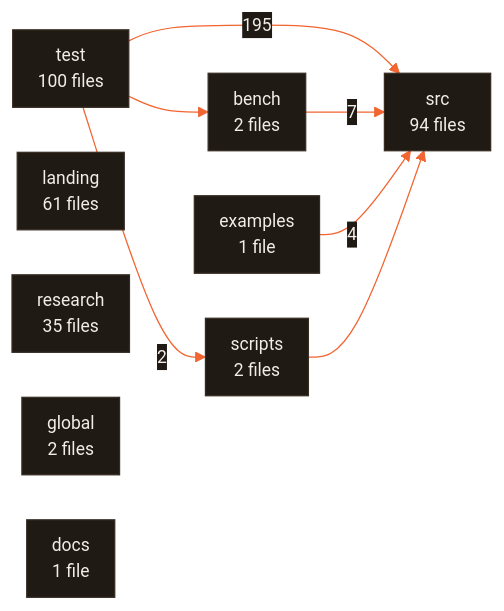
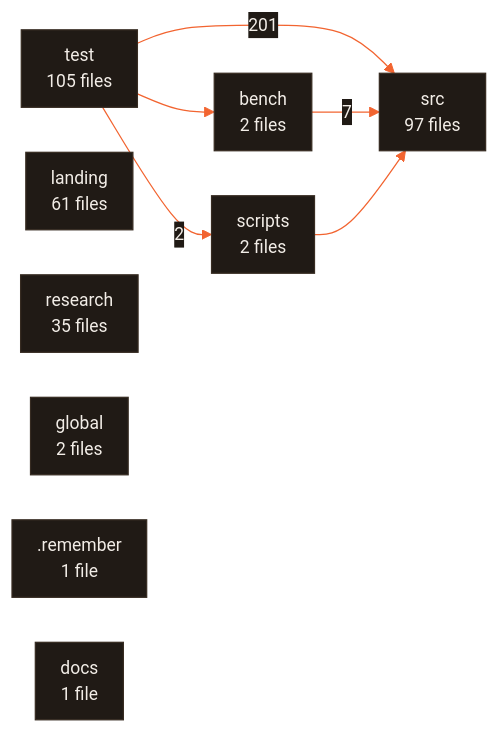
The fifth of 5 diagrams in ARCHITECTURE.md (CodeWithJuber/forgekit), drawn with Mermaid before and after one commit. The commit also changed other lines of this file and 10 other files, not shown here.

````diff
--- a/ARCHITECTURE.md
+++ b/ARCHITECTURE.md
@@ -552,19 +568,18 @@
 ```mermaid
 %%{init: {'theme':'base','themeVariables':{'primaryColor':'#201a15','primaryTextColor':'#f2ede7','primaryBorderColor':'#372c22','lineColor':'#f26430','secondaryColor':'#272019','tertiaryColor':'#171310','edgeLabelBackground':'#201a15','clusterBkg':'#171310','clusterBorder':'#4a3b2e','fontFamily':'ui-sans-serif, system-ui, sans-serif','fontSize':'14px'},'flowchart':{'curve':'basis','padding':10,'nodeSpacing':36,'rankSpacing':44}}}%%
 flowchart LR
-  test["test<br/>100 files"]
-  src["src<br/>94 files"]
+  test["test<br/>105 files"]
+  src["src<br/>97 files"]
   landing["landing<br/>61 files"]
   research["research<br/>35 files"]
   bench["bench<br/>2 files"]
   global["global<br/>2 files"]
   scripts["scripts<br/>2 files"]
+  _remember[".remember<br/>1 file"]
   docs["docs<br/>1 file"]
-  examples["examples<br/>1 file"]
-  test -- 195 --> src
+  test -- 201 --> src
   bench -- 7 --> src
-  examples -- 4 --> src
   test -- 2 --> scripts
   scripts --> src
   test --> bench
 ```
````
